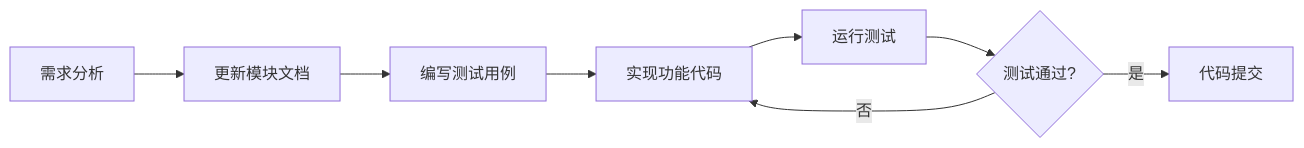
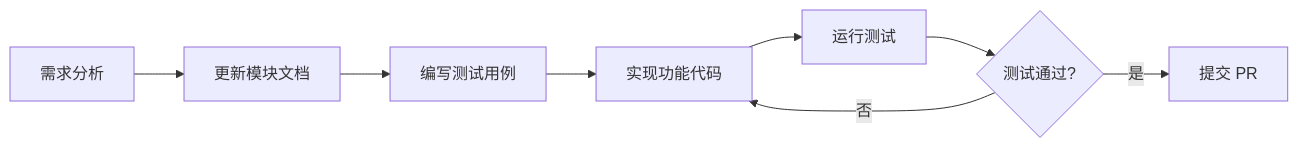
Before and after one commit to shulain/MobausStudio: the second of 2 diagrams in docs/DEVELOPMENT_GUIDE.md, drawn with Mermaid. The commit also changed other lines of this file and 5 other files, not shown here.

````diff
--- a/docs/DEVELOPMENT_GUIDE.md
+++ b/docs/DEVELOPMENT_GUIDE.md
@@ -101,10 +316,10 @@
 ```mermaid
 graph LR
     A[需求分析] --> B[更新模块文档]
     B --> C[编写测试用例]
     C --> D[实现功能代码]
     D --> E[运行测试]
     E --> F{测试通过?}
     F -->|否| D
-    F -->|是| G[代码提交]
+    F -->|是| G[提交 PR]
 ```
````
